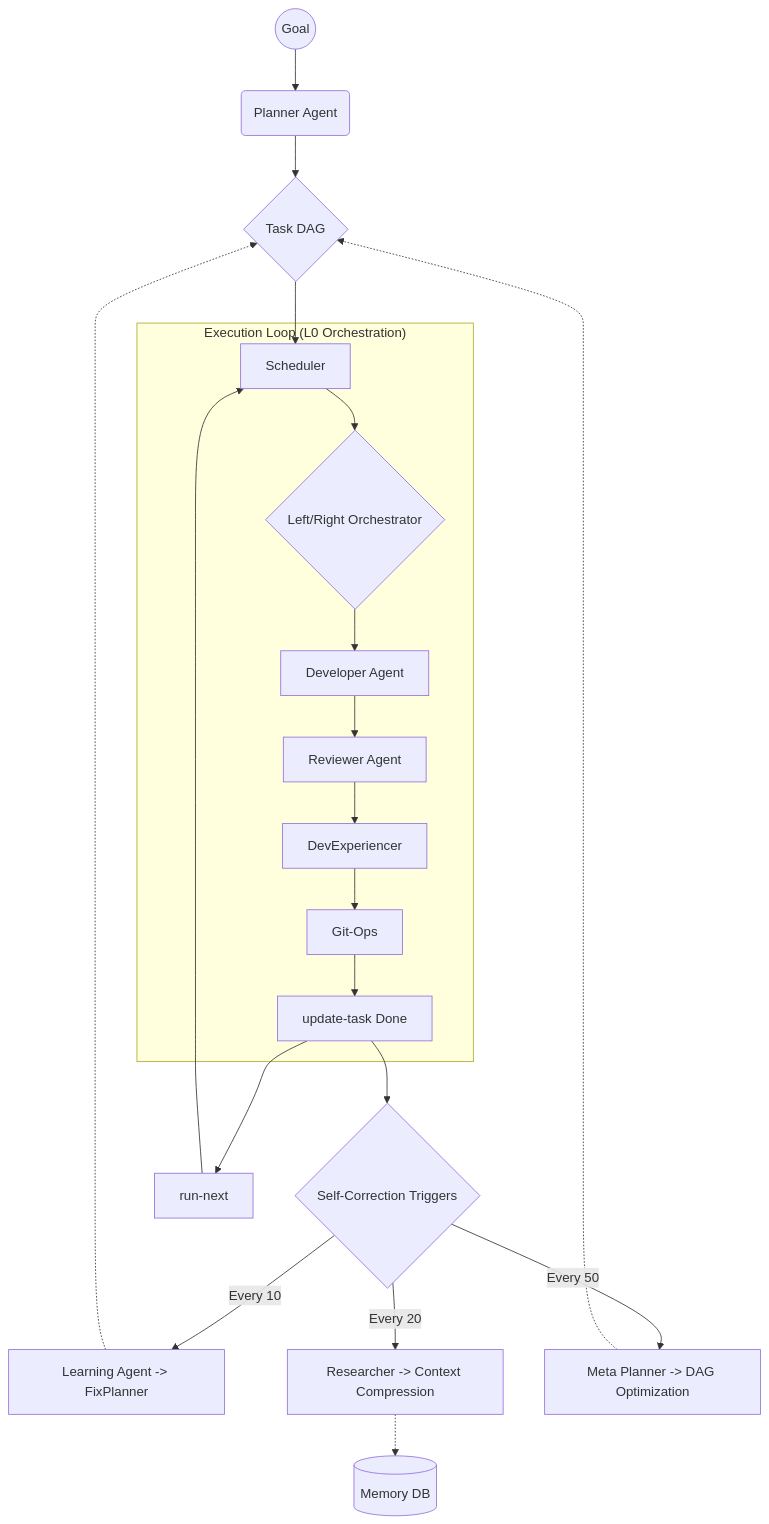
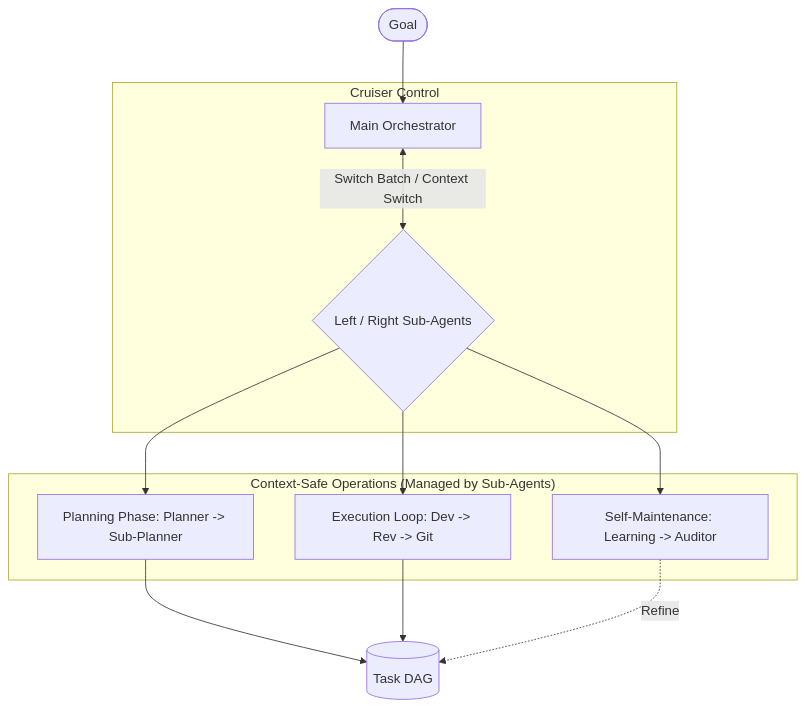
One commit to budagov/DreamTeam changed the diagram in README.md. Above: the diagram before and after it, drawn with Mermaid. The commit also changed other lines of this file, not shown here.

````diff
--- a/README.md
+++ b/README.md
@@ -22,27 +22,18 @@
 ```mermaid
 graph TD
-    Goal((Goal)) --> Planner(Planner Agent)
-    Planner --> DAG{Task DAG}
-    DAG --> Scheduler[Scheduler]
-    
-    subgraph "Execution Loop (L0 Orchestration)"
-        Scheduler --> Orchestrator{Left/Right Orchestrator}
-        Orchestrator --> Developer[Developer Agent]
-        Developer --> Reviewer[Reviewer Agent]
-        Reviewer --> DevExp[DevExperiencer]
-        DevExp --> GitOps[Git-Ops]
-        GitOps --> Update[update-task Done]
+    User([Goal]) --> Main[Main Orchestrator]
+
+    subgraph "Cruiser Control"
+        Main <--> |Switch Batch / Context Switch| LR{Left / Right Sub-Agents}
+    end
+
+    subgraph "Context-Safe Operations (Managed by Sub-Agents)"
+        LR --> Planning[Planning Phase: Planner -> Sub-Planner]
+        LR --> Execution[Execution Loop: Dev -> Rev -> Git]
+        LR --> Maintenance[Self-Maintenance: Learning -> Auditor]
     end
     
-    Update --> Triggers{Self-Correction Triggers}
-    Triggers -->|Every 10| Learning[Learning Agent -> FixPlanner]
-    Triggers -->|Every 20| Researcher[Researcher -> Context Compression]
-    Triggers -->|Every 50| Meta[Meta Planner -> DAG Optimization]
-    
-    Learning -.-> DAG
-    Researcher -.-> Memory[(Memory DB)]
-    Meta -.-> DAG
-    
-    Update --> Next[run-next]
-    Next --> Scheduler
+    Planning --> DAG[(Task DAG)]
+    Execution --> DAG
+    Maintenance -.->|Refine| DAG
 ```
````
